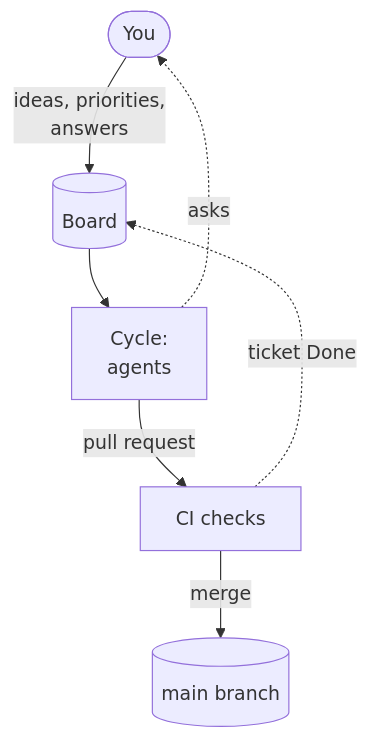
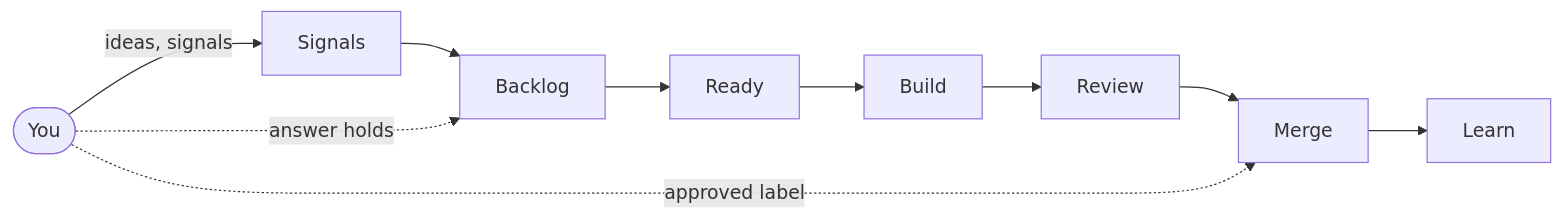
Before and after one commit to dmitriywind/agentic-sdlc: the diagram in docs/guide/1-what-it-is.md, drawn with Mermaid. The commit also changed other lines of this file and 40 other files, not shown here.

First line of the commit message:
The documents describe the one flow (#22)

````diff
--- a/docs/guide/1-what-it-is.md
+++ b/docs/guide/1-what-it-is.md
@@ -10,9 +12,9 @@
 ```mermaid
-flowchart TB
-  you(["You"]):::you -->|"ideas, priorities,<br/>answers"| board[("Board")]:::board
-  board --> cycle["Cycle:<br/>agents"]:::agent
-  cycle -->|"pull request"| gates["CI checks"]:::ci
-  gates -->|"merge"| main[("main branch")]:::board
-  gates -.->|"ticket Done"| board
-  cycle -.->|"asks"| you
+flowchart LR
+  you(["You"]):::you -->|"ideas, signals"| sig["Signals"]:::board
+  sig --> bl["Backlog"]:::board --> rd["Ready"]:::board
+  rd --> b["Build"]:::agent --> r["Review"]:::agent
+  r --> m["Merge"]:::ci --> l["Learn"]:::agent
+  you -.->|"answer holds"| bl
+  you -.->|"approved label"| m
 ```
````
